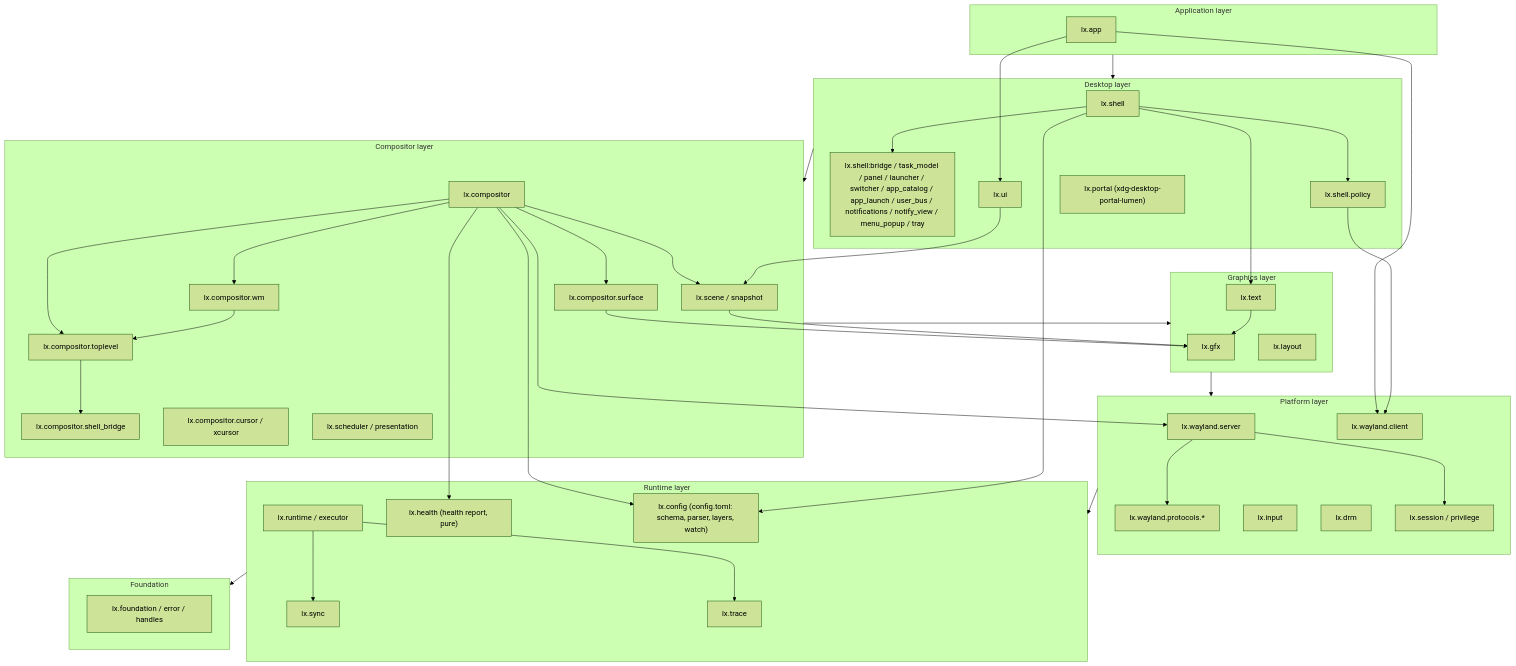
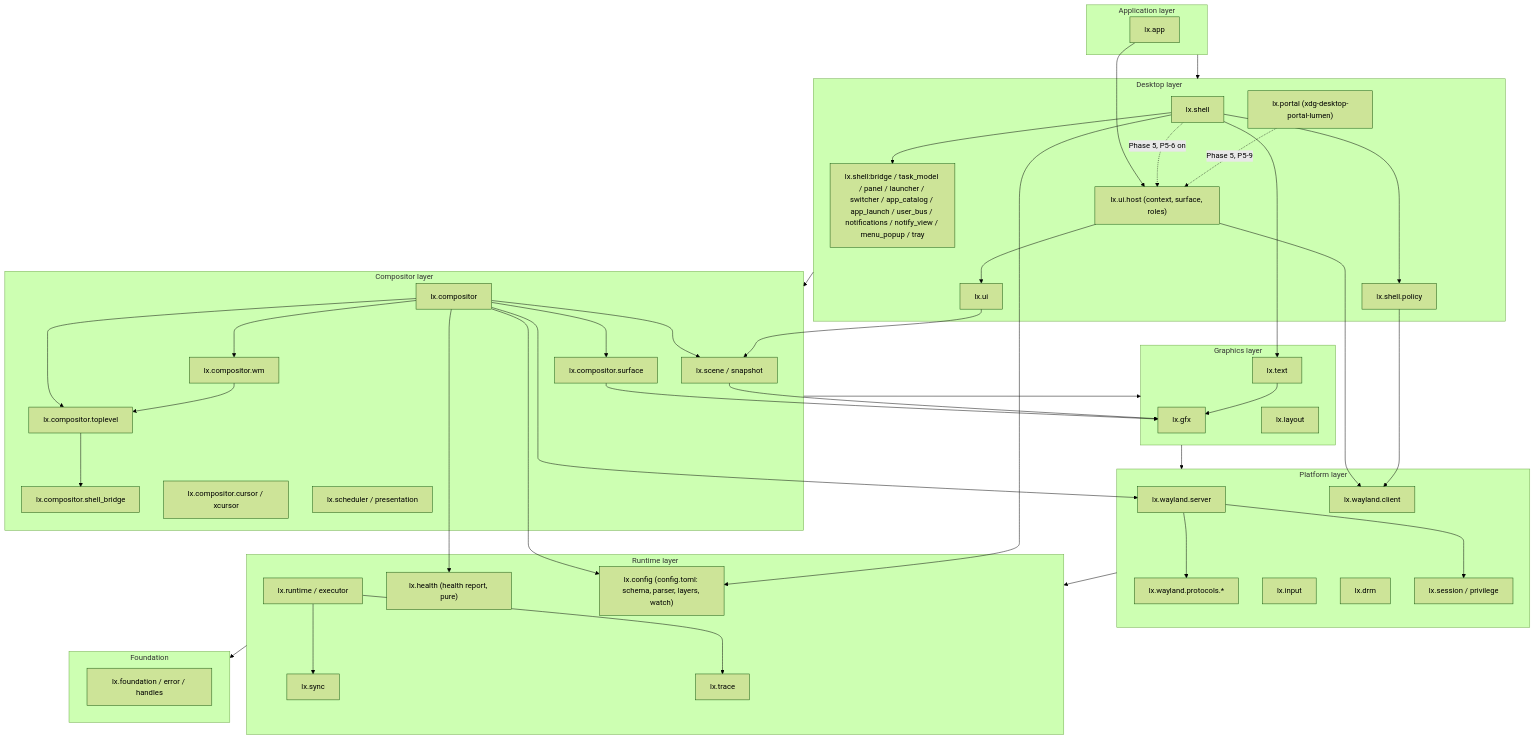
The second of 9 diagrams in docs/architecture.md (dimmus/lumen), drawn with Mermaid (forest theme) before and after one commit. The commit also changed other lines of this file and 31 other files, not shown here.

First line of the commit message:
UI engine Phase 5: lx.ui.host, lx.app rebased onto it with multiple windows

````diff
--- a/docs/architecture.md
+++ b/docs/architecture.md
@@ -307,77 +318,81 @@
 ```mermaid
 flowchart TB
     subgraph L6["Application layer"]
         APP["lx.app"]
     end
 
     subgraph L5["Desktop layer"]
         SH["lx.shell"]
         SHB["lx.shell:bridge / task_model / panel / launcher / switcher / app_catalog / app_launch / user_bus / notifications / notify_view / menu_popup / tray"]
         SHP["lx.shell.policy"]
         UI["lx.ui"]
+        UIH["lx.ui.host (context, surface, roles)"]
         PORTAL["lx.portal (xdg-desktop-portal-lumen)"]
     end
 
     subgraph L4["Compositor layer"]
         COMP["lx.compositor"]
         CTOP["lx.compositor.toplevel"]
         CWM["lx.compositor.wm"]
         CBR["lx.compositor.shell_bridge"]
         CSURF["lx.compositor.surface"]
         CCUR["lx.compositor.cursor / xcursor"]
         SCENE["lx.scene / snapshot"]
         SCHED["lx.scheduler / presentation"]
     end
 
     subgraph L3["Graphics layer"]
         GFX["lx.gfx"]
         TEXT["lx.text"]
         LAY["lx.layout"]
     end
 
     subgraph L2["Platform layer"]
         WLS["lx.wayland.server"]
         WLC["lx.wayland.client"]
         WLPR["lx.wayland.protocols.*"]
         INP["lx.input"]
         DRM["lx.drm"]
         SESS["lx.session / privilege"]
     end
 
     subgraph L1["Runtime layer"]
         RT["lx.runtime / executor"]
         SYNC["lx.sync"]
         TRACE["lx.trace"]
         HEALTH["lx.health (health report, pure)"]
         CONFIG["lx.config (config.toml: schema, parser, layers, watch)"]
     end
 
     subgraph L0["Foundation"]
         FOUND["lx.foundation / error / handles"]
     end
 
-    APP --> UI
-    APP --> WLC
+    APP --> UIH
+    UIH --> UI
+    UIH --> WLC
+    SH -.->|"Phase 5, P5-6 on"| UIH
+    PORTAL -.->|"Phase 5, P5-9"| UIH
     SH --> SHB
     SH --> SHP --> WLC
     SH --> TEXT
     TEXT --> GFX
     COMP --> WLS --> WLPR
     COMP --> CTOP --> CBR
     COMP --> CWM --> CTOP
     COMP --> CSURF --> GFX
     COMP --> SCENE --> GFX
     UI --> SCENE
     WLS --> SESS
     COMP --> HEALTH
     COMP --> CONFIG
     SH --> CONFIG
     RT --> SYNC
     RT --> TRACE
     L1 --> L0
     L2 --> L1
     L3 --> L2
     L4 --> L3
     L5 --> L4
     L6 --> L5
 ```
````
